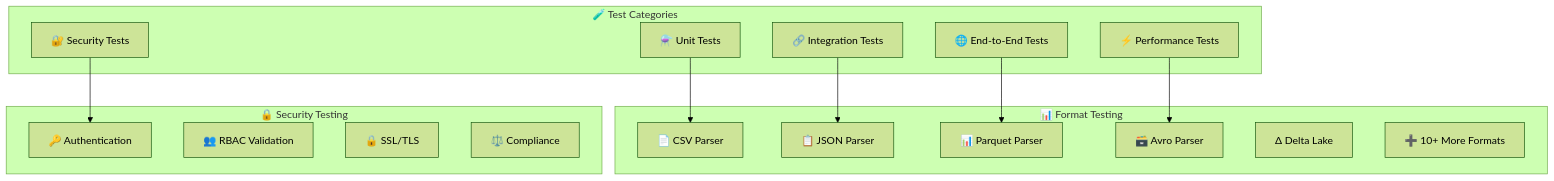
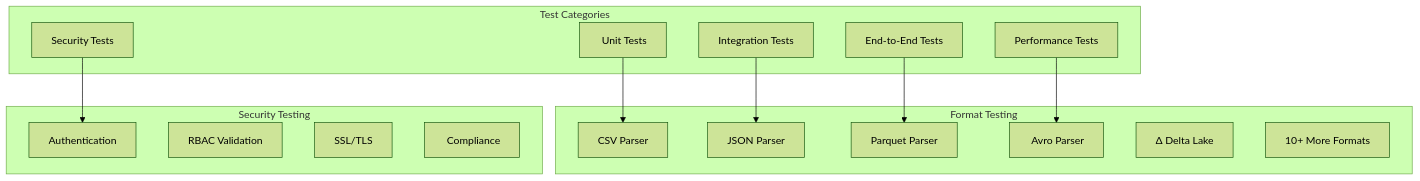
Diagram 11 of 12 in README.md (Monsau/S3connectorplaybook), drawn with Mermaid (forest theme) before and after one commit. The commit also changed other lines of this file and 4 other files, not shown here.

````diff
--- a/README.md
+++ b/README.md
@@ -830,32 +830,32 @@
 ```mermaid
 graph TD
-    subgraph "🧪 Test Categories"
-        Unit[⚗️ Unit Tests]
-        Integration[🔗 Integration Tests]
-        E2E[🌐 End-to-End Tests]
-        Performance[⚡ Performance Tests]
-        Security[🔐 Security Tests]
+    subgraph " Test Categories"
+        Unit[️ Unit Tests]
+        Integration[ Integration Tests]
+        E2E[ End-to-End Tests]
+        Performance[ Performance Tests]
+        Security[ Security Tests]
     end
     
-    subgraph "📊 Format Testing"
-        CSV[📄 CSV Parser]
-        JSON[📋 JSON Parser]
-        Parquet[📊 Parquet Parser]
-        Avro[🗃️ Avro Parser]
+    subgraph " Format Testing"
+        CSV[ CSV Parser]
+        JSON[ JSON Parser]
+        Parquet[ Parquet Parser]
+        Avro[️ Avro Parser]
         Delta[Δ Delta Lake]
-        More[➕ 10+ More Formats]
+        More[ 10+ More Formats]
     end
     
-    subgraph "🔒 Security Testing"
-        AuthTest[🔑 Authentication]
-        RBACTest[👥 RBAC Validation]
-        SSLTest[🔒 SSL/TLS]
-        ComplianceTest[⚖️ Compliance]
+    subgraph " Security Testing"
+        AuthTest[ Authentication]
+        RBACTest[ RBAC Validation]
+        SSLTest[ SSL/TLS]
+        ComplianceTest[️ Compliance]
     end
     
     Unit --> CSV
     Integration --> JSON
     E2E --> Parquet
     Performance --> Avro
     Security --> AuthTest
 ```
````
